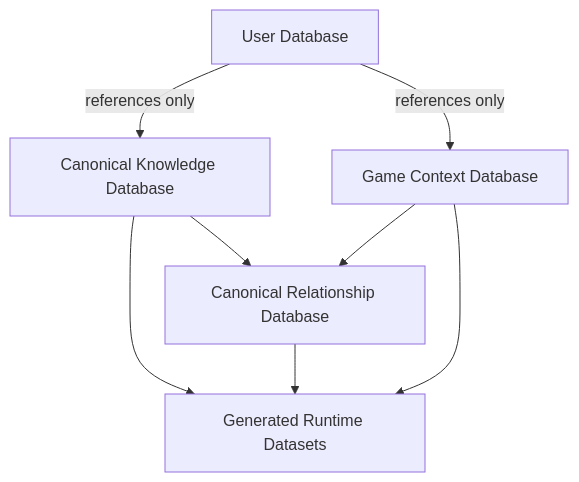
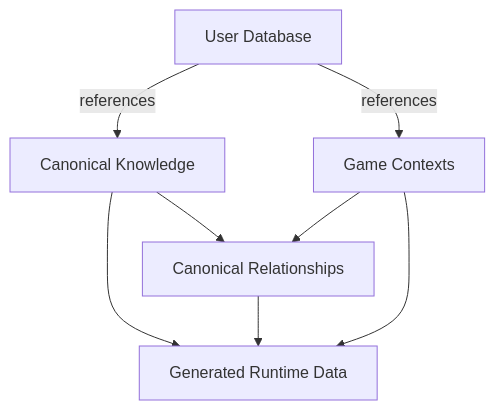
The diagram in documentation/DATABASE_SCHEMA.md (KrishanChopra15/Pokemon-Companion), drawn with Mermaid before and after one commit. The commit also changed other lines of this file and 59 other files, not shown here.

````diff
--- a/documentation/DATABASE_SCHEMA.md
+++ b/documentation/DATABASE_SCHEMA.md
@@ -90,17 +98,16 @@
 ```mermaid
 flowchart TD
-    Canonical["Canonical Knowledge Database"]
-    Relationships["Canonical Relationship Database"]
-    Contexts["Game Context Database"]
-    Generated["Generated Runtime Datasets"]
+    Canonical["Canonical Knowledge"]
+    Relationships["Canonical Relationships"]
+    Contexts["Game Contexts"]
+    Generated["Generated Runtime Data"]
     User["User Database"]
 
     Canonical --> Relationships
     Contexts --> Relationships
     Canonical --> Generated
     Relationships --> Generated
     Contexts --> Generated
-
-    User -->|"references only"| Canonical
-    User -->|"references only"| Contexts
+    User -->|"references"| Canonical
+    User -->|"references"| Contexts
 ```
````
